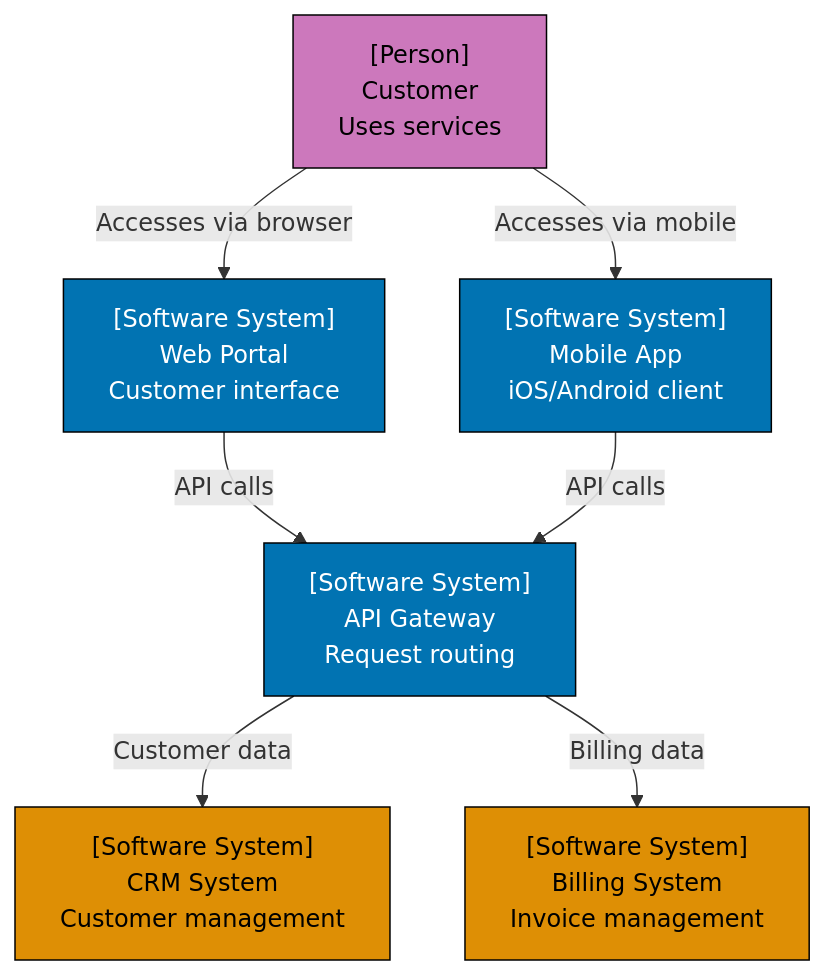
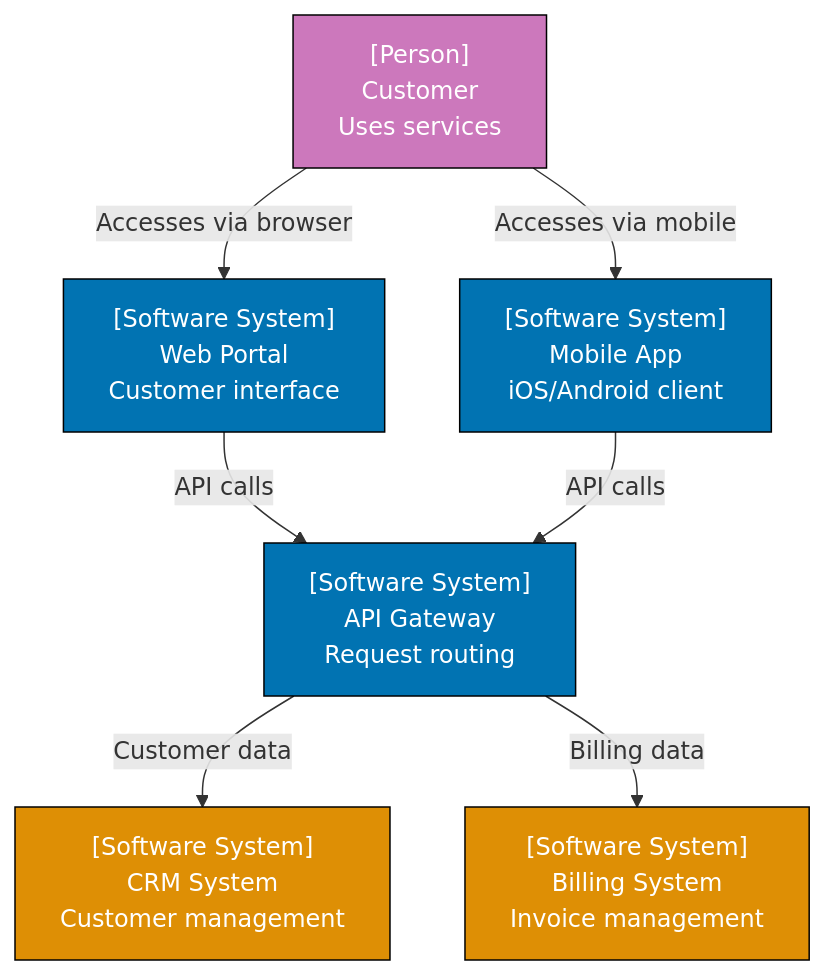
The ninth of 30 diagrams in apps/ayokoding-web/content/en/learn/software-engineering/architecture/c4-architecture-model/by-example/beginner.md (wahidyankf/open-sharia-enterprise), drawn with Mermaid before and after one commit. The commit also changed other lines of this file and 61 other files, not shown here.

First line of the commit message:
fix(ayokoding-web): quote Mermaid node labels with special characters in Example 63

````diff
--- a/apps/ayokoding-web/content/en/learn/software-engineering/architecture/c4-architecture-model/by-example/beginner.md
+++ b/apps/ayokoding-web/content/en/learn/software-engineering/architecture/c4-architecture-model/by-example/beginner.md
@@ -300,28 +300,28 @@
 ```mermaid
 graph TD
     Customer["[Person]<br/>Customer<br/>Uses services"]
 
     WebPortal["[Software System]<br/>Web Portal<br/>Customer interface"]
     MobileApp["[Software System]<br/>Mobile App<br/>iOS/Android client"]
 
     APIGateway["[Software System]<br/>API Gateway<br/>Request routing"]
 
     CRM["[Software System]<br/>CRM System<br/>Customer management"]
     BillingSystem["[Software System]<br/>Billing System<br/>Invoice management"]
 
     Customer -->|"Accesses via browser"| WebPortal
     Customer -->|"Accesses via mobile"| MobileApp
 
     WebPortal -->|"API calls"| APIGateway
     MobileApp -->|"API calls"| APIGateway
 
     APIGateway -->|"Customer data"| CRM
     APIGateway -->|"Billing data"| BillingSystem
 
-    style Customer fill:#CC78BC,stroke:#000,color:#000
+    style Customer fill:#CC78BC,stroke:#000,color:#fff
     style WebPortal fill:#0173B2,stroke:#000,color:#fff
     style MobileApp fill:#0173B2,stroke:#000,color:#fff
     style APIGateway fill:#0173B2,stroke:#000,color:#fff
-    style CRM fill:#DE8F05,stroke:#000,color:#000
-    style BillingSystem fill:#DE8F05,stroke:#000,color:#000
+    style CRM fill:#DE8F05,stroke:#000,color:#fff
+    style BillingSystem fill:#DE8F05,stroke:#000,color:#fff
 ```
````
